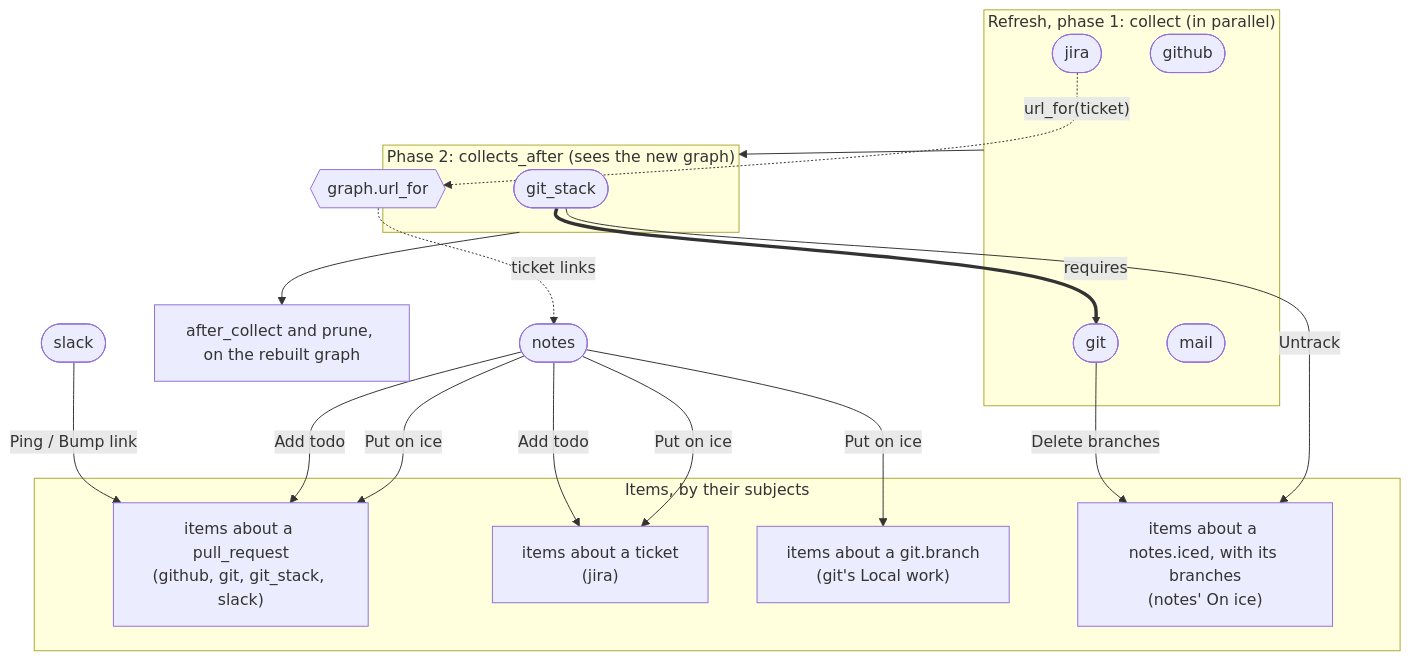
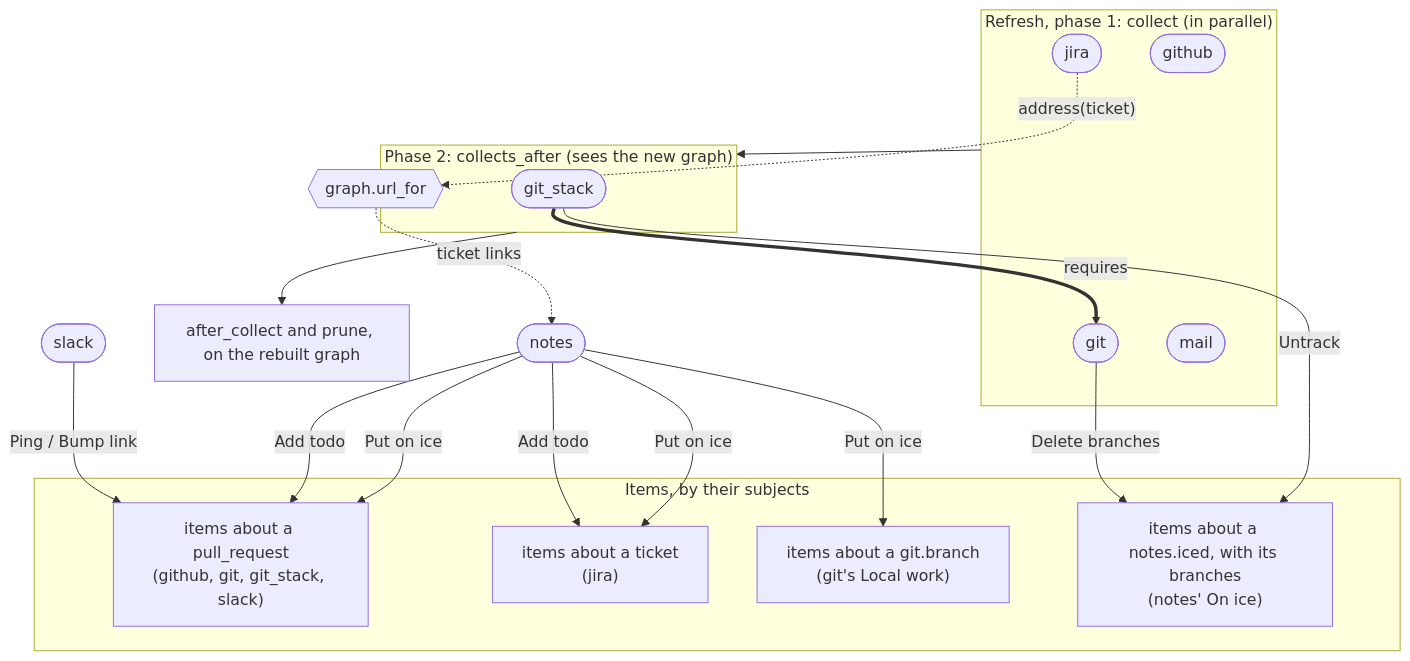
The second of 2 diagrams in docs/plugins.md (benekastah/move-forward), drawn with Mermaid before and after one commit. The commit also changed other lines of this file and 72 other files, not shown here.

````diff
--- a/docs/plugins.md
+++ b/docs/plugins.md
@@ -84,34 +84,34 @@
 ```mermaid
 flowchart TB
     subgraph Phase1["Refresh, phase 1: collect (in parallel)"]
         github([github])
         git([git])
         jira([jira])
         mail([mail])
     end
     subgraph Phase2["Phase 2: collects_after (sees the new graph)"]
         git_stack([git_stack])
     end
     Phase1 --> Phase2
     Phase2 --> after["after_collect and prune, on the rebuilt graph"]
 
     git_stack == "requires" ==> git
 
     subgraph Items["Items, by their subjects"]
         prItems["items about a pull_request<br/>(github, git, git_stack, slack)"]
         ticketItems["items about a ticket<br/>(jira)"]
         branchItems["items about a git.branch<br/>(git's Local work)"]
         icedItems["items about a notes.iced, with its branches<br/>(notes' On ice)"]
     end
     slack([slack]) -- "Ping / Bump link" --> prItems
     notes([notes]) -- "Add todo" --> prItems
     notes -- "Add todo" --> ticketItems
     notes -- "Put on ice" --> branchItems
     notes -- "Put on ice" --> prItems
     notes -- "Put on ice" --> ticketItems
     git -- "Delete branches" --> icedItems
     git_stack -- "Untrack" --> icedItems
 
-    jira -. "url_for(ticket)" .-> urls{{graph.url_for}}
+    jira -. "address(ticket)" .-> urls{{graph.url_for}}
     urls -. "ticket links" .-> notes
 ```
````
